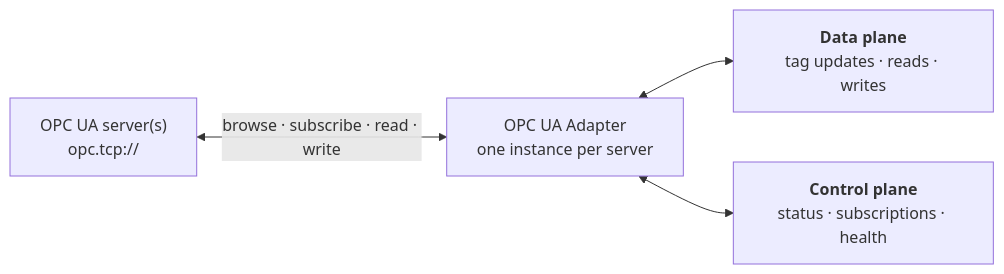
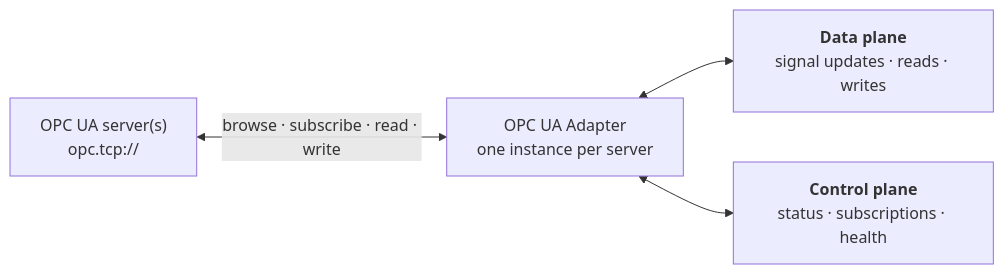
One commit to edgecommons/opcua-adapter changed the first of 2 diagrams in docs/explanation.md. Above: the diagram before and after it, drawn with Mermaid. The commit also changed other lines of this file and 39 other files, not shown here.

First line of the commit message:
refactor: rename southbound data point tag→signal (hard cut)

````diff
--- a/docs/explanation.md
+++ b/docs/explanation.md
@@ -55,10 +55,10 @@
 ```mermaid
 flowchart LR
     SRV["OPC UA server(s)<br/>opc.tcp://"]
     DEV["OPC UA Adapter<br/>one instance per server"]
-    DP["<b>Data plane</b><br/>tag updates · reads · writes"]
+    DP["<b>Data plane</b><br/>signal updates · reads · writes"]
     CP["<b>Control plane</b><br/>status · subscriptions · health"]
     SRV <-->|"browse · subscribe · read · write"| DEV
     DEV <--> DP
     DEV <--> CP
 ```
````
